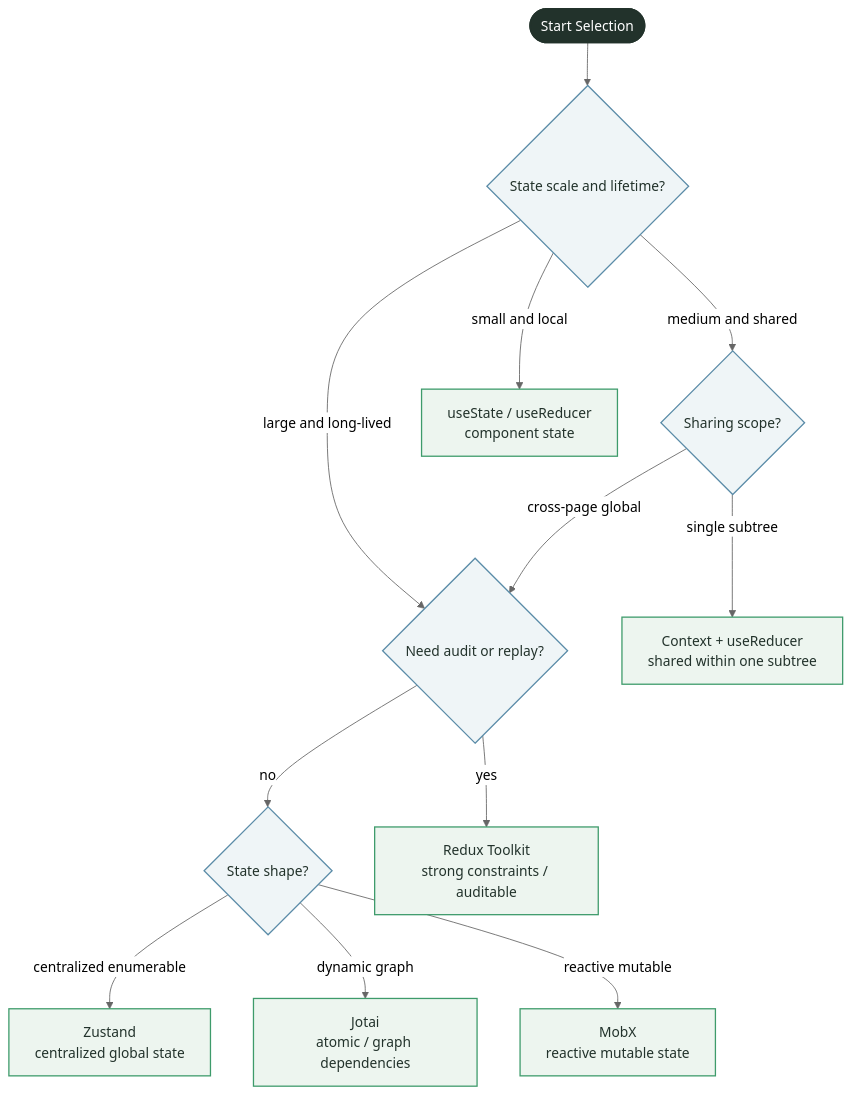
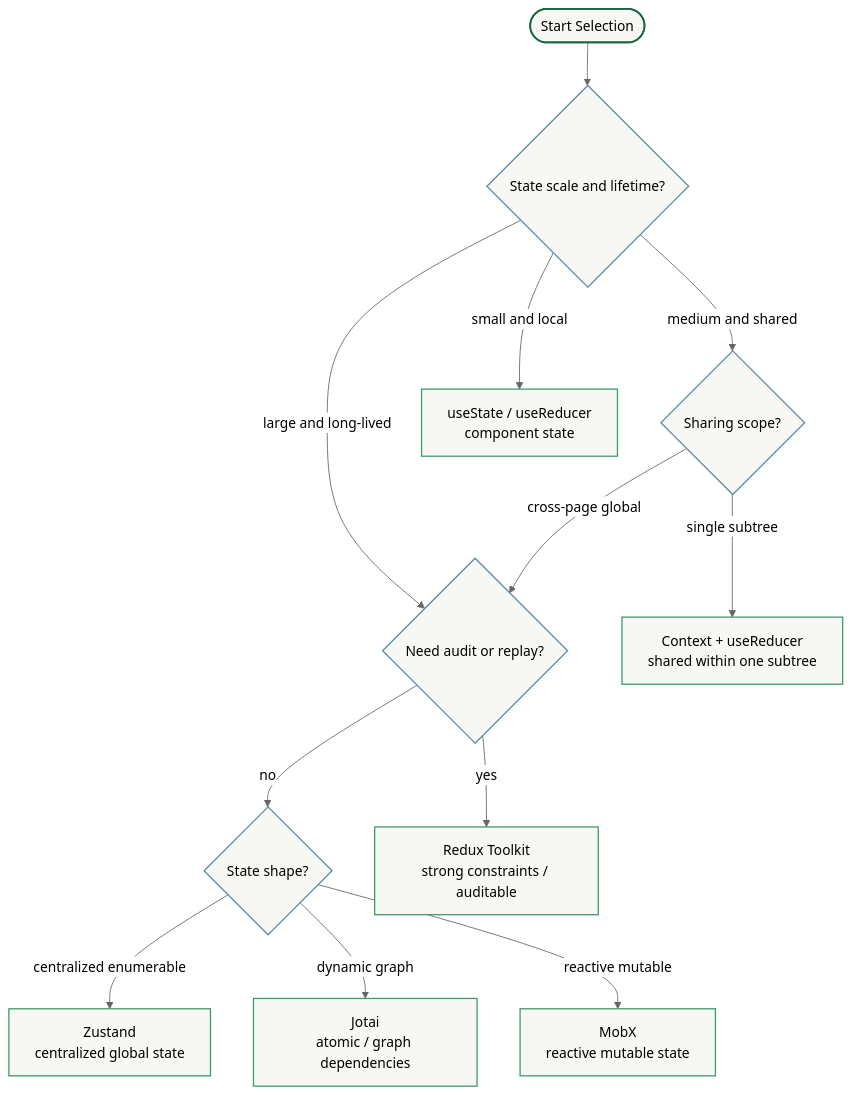
One commit to Fatejian/frontier-vault changed the sixth of 6 diagrams in docs/en/frameworks/state-management.md. Above: the diagram before and after it, drawn with Mermaid (neutral theme). The commit also changed other lines of this file and 65 other files, not shown here.

First line of the commit message:
fix(theme): unify mermaid chart palette and remove solid core fills

````diff
--- a/docs/en/frameworks/state-management.md
+++ b/docs/en/frameworks/state-management.md
@@ -854,36 +854,36 @@
 ```mermaid
 flowchart TB
     Start(["Start Selection"])
 
     Q1{"State scale and lifetime?"}
     Q2{"Sharing scope?"}
     Q3{"Need audit or replay?"}
     Q4{"State shape?"}
 
     R1["useState / useReducer<br/>component state"]
     R2["Context + useReducer<br/>shared within one subtree"]
     R3["Zustand<br/>centralized global state"]
     R4["Jotai<br/>atomic / graph dependencies"]
     R5["Redux Toolkit<br/>strong constraints / auditable"]
     R6["MobX<br/>reactive mutable state"]
 
     Start --> Q1
     Q1 -->|small and local| R1
     Q1 -->|medium and shared| Q2
     Q1 -->|large and long-lived| Q3
     Q2 -->|single subtree| R2
     Q2 -->|cross-page global| Q3
     Q3 -->|yes| R5
     Q3 -->|no| Q4
     Q4 -->|centralized enumerable| R3
     Q4 -->|dynamic graph| R4
     Q4 -->|reactive mutable| R6
 
-    classDef core fill:#22322B,color:#fff,stroke:#22322B,stroke-width:2px;
-    classDef wait fill:#EFF5F7,stroke:#5B8CA8,color:#22322B,stroke-width:1.5px;
-    classDef work fill:#EDF5EF,stroke:#3E9B6B,color:#22322B,stroke-width:1.5px;
+    classDef core fill:#F7F7F3,stroke:#176540,stroke-width:2px;
+    classDef wait fill:#F7F7F3,stroke:#5B8CA8,stroke-width:1.5px;
+    classDef work fill:#F7F7F3,stroke:#3E9B6B,stroke-width:1.5px;
 
     class Start core;
     class Q1,Q2,Q3,Q4 wait;
     class R1,R2,R3,R4,R5,R6 work;
 ```
````
